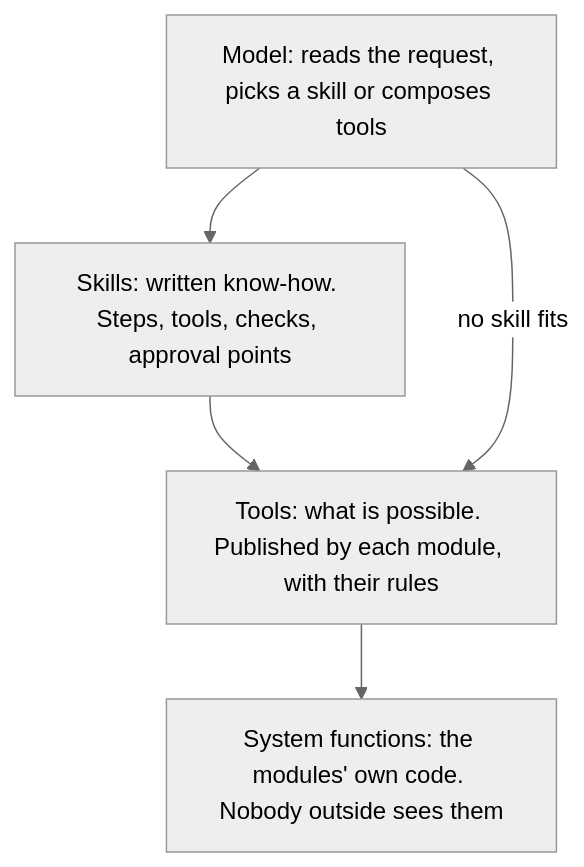
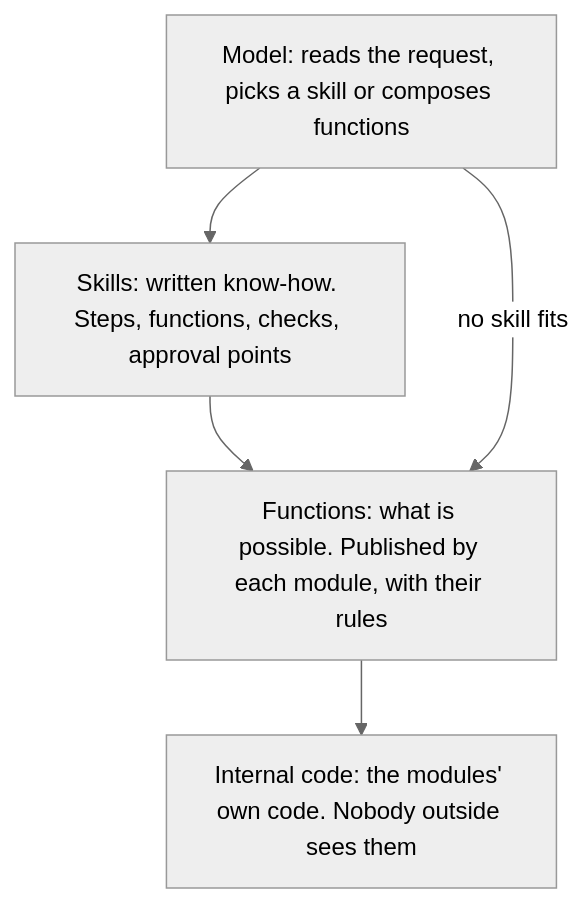
The fifth of 11 diagrams in technical-structure.md (puagraduationproject/graduationproject), drawn with Mermaid (neutral theme) before and after one commit. The commit also changed other lines of this file and 2 other files, not shown here.

Commit message:
Design: tools are now called functions

````diff
--- a/technical-structure.md
+++ b/technical-structure.md
@@ -498,11 +501,11 @@
 ```mermaid
 flowchart TD
-  M["Model: reads the request, picks a skill or composes tools"]
-  S["Skills: written know-how. Steps, tools, checks, approval points"]
-  T["Tools: what is possible. Published by each module, with their rules"]
-  F["System functions: the modules' own code. Nobody outside sees them"]
+  M["Model: reads the request, picks a skill or composes functions"]
+  S["Skills: written know-how. Steps, functions, checks, approval points"]
+  T["Functions: what is possible. Published by each module, with their rules"]
+  F["Internal code: the modules' own code. Nobody outside sees them"]
   M --> S
   S --> T
   M -->|"no skill fits"| T
   T --> F
 ```
````
